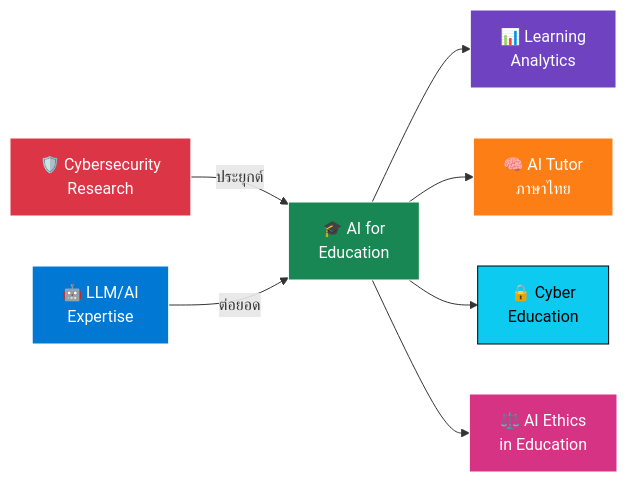
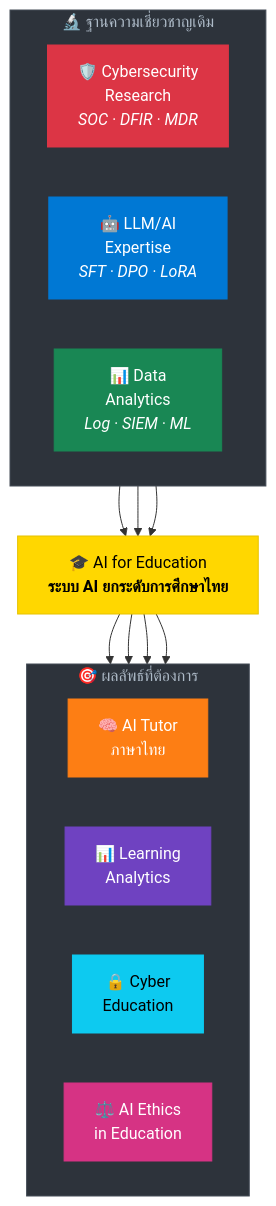
Before and after one commit to nutthakorn7/kmutnb-fte-portfolio: the second of 5 diagrams in research-plan/research_plan_2026_2029.md, drawn with Mermaid. The commit also changed other lines of this file, not shown here.

Commit message:
🎨 Premium v2: capsule-render, mindmap, collapsible sections, GitHub alerts, animated TOC

````diff
--- a/research-plan/research_plan_2026_2029.md
+++ b/research-plan/research_plan_2026_2029.md
@@ -99,17 +183,39 @@
 ```mermaid
-graph LR
-    A["🛡️ Cybersecurity<br/>Research"] -->|ประยุกต์| C["🎓 AI for<br/>Education"]
-    B["🤖 LLM/AI<br/>Expertise"] -->|ต่อยอด| C
-    C --> D["📊 Learning<br/>Analytics"]
-    C --> E["🧠 AI Tutor<br/>ภาษาไทย"]
-    C --> F["🔒 Cyber<br/>Education"]
-    C --> G["⚖️ AI Ethics<br/>in Education"]
+graph TB
+    subgraph input["🔬 ฐานความเชี่ยวชาญเดิม"]
+        direction LR
+        A["🛡️ Cybersecurity<br/>Research<br/><i>SOC · DFIR · MDR</i>"]
+        B["🤖 LLM/AI<br/>Expertise<br/><i>SFT · DPO · LoRA</i>"]
+        C["📊 Data<br/>Analytics<br/><i>Log · SIEM · ML</i>"]
+    end
 
-    style A fill:#DC3545,stroke:#fff,color:#fff
-    style B fill:#0078D4,stroke:#fff,color:#fff
-    style C fill:#198754,stroke:#fff,color:#fff
-    style D fill:#6F42C1,stroke:#fff,color:#fff
-    style E fill:#FD7E14,stroke:#fff,color:#fff
-    style F fill:#0DCAF0,stroke:#000,color:#000
-    style G fill:#D63384,stroke:#fff,color:#fff
+    A --> D
+    B --> D
+    C --> D
+
+    D["🎓 AI for Education<br/><b>ระบบ AI ยกระดับการศึกษาไทย</b>"]
+
+    D --> E["🧠 AI Tutor<br/>ภาษาไทย"]
+    D --> F["📊 Learning<br/>Analytics"]
+    D --> G["🔒 Cyber<br/>Education"]
+    D --> H["⚖️ AI Ethics<br/>in Education"]
+
+    subgraph output["🎯 ผลลัพธ์ที่ต้องการ"]
+        direction LR
+        E
+        F
+        G
+        H
+    end
+
+    style A fill:#DC3545,stroke:#DC3545,color:#fff
+    style B fill:#0078D4,stroke:#0078D4,color:#fff
+    style C fill:#198754,stroke:#198754,color:#fff
+    style D fill:#FFD700,stroke:#E6C200,color:#000
+    style E fill:#FD7E14,stroke:#FD7E14,color:#fff
+    style F fill:#6F42C1,stroke:#6F42C1,color:#fff
+    style G fill:#0DCAF0,stroke:#0DCAF0,color:#000
+    style H fill:#D63384,stroke:#D63384,color:#fff
+    style input fill:#2d333b,stroke:#444c56,color:#adbac7
+    style output fill:#2d333b,stroke:#444c56,color:#adbac7
 ```
````
